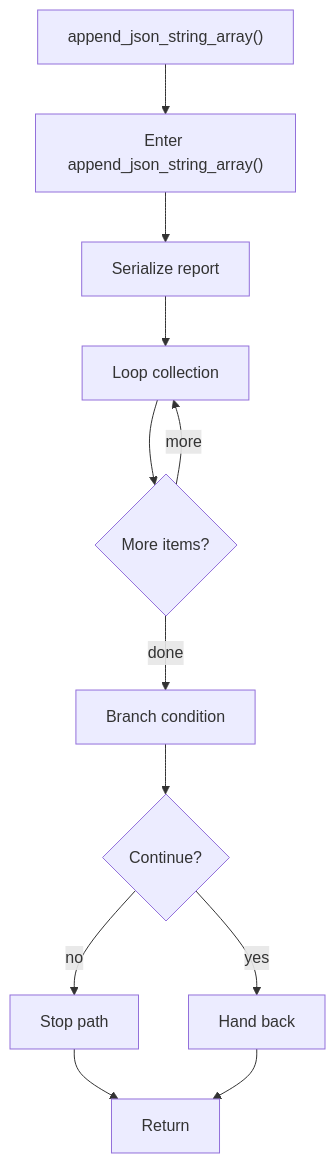
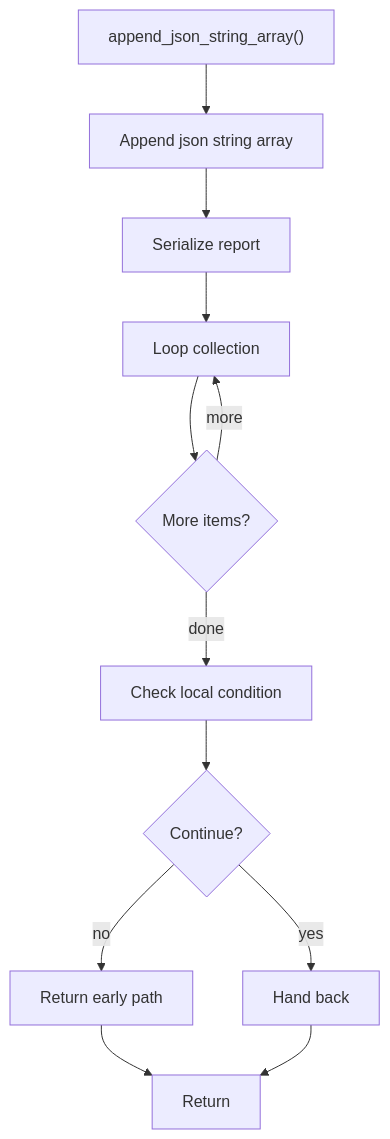
One commit to JohnAndrewBalbarosa/NeoTerritory changed the diagram in docs/Codebase/Microservice/Modules/Source/OutputGeneration/Report/append_json_string_array.cpp.md. Above: the diagram before and after it, drawn with Mermaid. The commit also changed other lines of this file and 915 other files, not shown here.

````diff
--- a/docs/Codebase/Microservice/Modules/Source/OutputGeneration/Report/append_json_string_array.cpp.md
+++ b/docs/Codebase/Microservice/Modules/Source/OutputGeneration/Report/append_json_string_array.cpp.md
@@ -19,24 +19,24 @@
 ```mermaid
 flowchart TD
     Start["append_json_string_array()"]
-    N0["Enter append_json_string_array()"]
+    N0["Append json string array"]
     N1["Serialize report"]
     N2["Loop collection"]
     L2{"More items?"}
-    N3["Branch condition"]
+    N3["Check local condition"]
     D3{"Continue?"}
-    R3["Stop path"]
+    R3["Return early path"]
     N4["Hand back"]
     End["Return"]
     Start --> N0
     N0 --> N1
     N1 --> N2
     N2 --> L2
     L2 -->|more| N2
     L2 -->|done| N3
     N3 --> D3
     D3 -->|yes| N4
     D3 -->|no| R3
     R3 --> End
     N4 --> End
 ```
````
